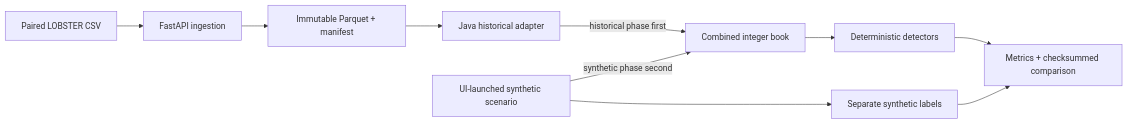
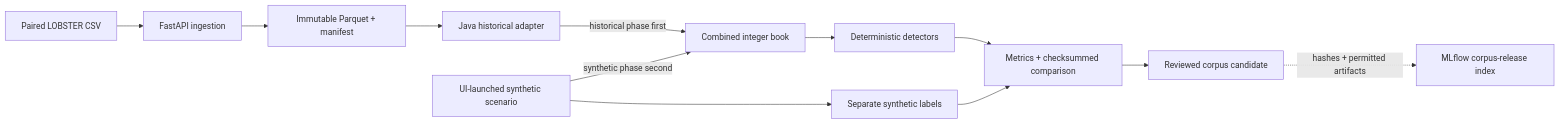
The second of 8 diagrams in docs/architecture.md (khab40/lob-arena), drawn with Mermaid before and after one commit. The commit also changed other lines of this file and 28 other files, not shown here.

Commit message:
Add shared MLflow tracking and architecture docs

````diff
--- a/docs/architecture.md
+++ b/docs/architecture.md
@@ -107,22 +130,26 @@
 ```mermaid
 graph LR
     Raw["Paired LOBSTER CSV"]
     Ingestion["FastAPI ingestion"]
     Parquet["Immutable Parquet + manifest"]
     Replay["Java historical adapter"]
     Book["Combined integer book"]
     Attack["UI-launched synthetic scenario"]
     Detectors["Deterministic detectors"]
     Labels["Separate synthetic labels"]
     Comparison["Metrics + checksummed comparison"]
+    Corpus["Reviewed corpus candidate"]
+    MLflow["MLflow corpus-release index"]
 
     Raw --> Ingestion
     Ingestion --> Parquet
     Parquet --> Replay
     Replay -->|"historical phase first"| Book
     Attack -->|"synthetic phase second"| Book
     Book --> Detectors
     Attack --> Labels
     Detectors --> Comparison
     Labels --> Comparison
+    Comparison --> Corpus
+    Corpus -. "hashes + permitted artifacts" .-> MLflow
 ```
````
